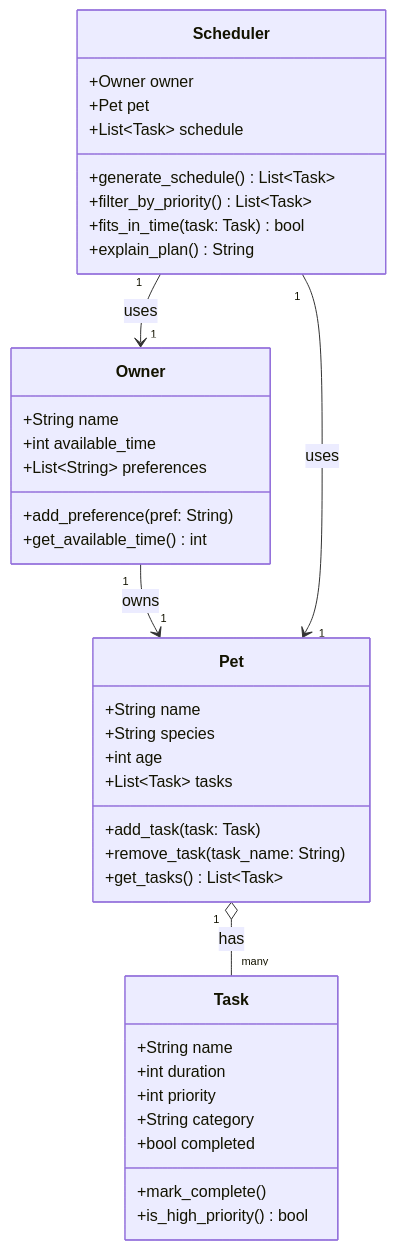
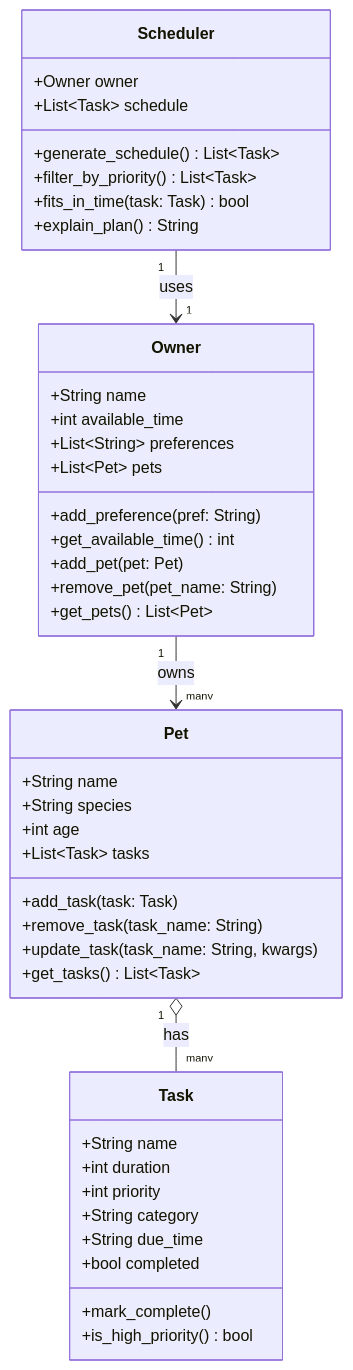
The diagram in reflection.md (glorayye/ai110-module2show-pawpal-starter), drawn with Mermaid before and after one commit. The commit also changed other lines of this file and 3 other files, not shown here.

````diff
--- a/reflection.md
+++ b/reflection.md
@@ -22,45 +22,49 @@
 ```mermaid
 classDiagram
     class Owner {
         +String name
         +int available_time
         +List~String~ preferences
+        +List~Pet~ pets
         +add_preference(pref: String)
         +get_available_time() int
+        +add_pet(pet: Pet)
+        +remove_pet(pet_name: String)
+        +get_pets() List~Pet~
     }
 
     class Pet {
         +String name
         +String species
         +int age
         +List~Task~ tasks
         +add_task(task: Task)
         +remove_task(task_name: String)
+        +update_task(task_name: String, kwargs)
         +get_tasks() List~Task~
     }
 
     class Task {
         +String name
         +int duration
         +int priority
         +String category
+        +String due_time
         +bool completed
         +mark_complete()
         +is_high_priority() bool
     }
 
     class Scheduler {
         +Owner owner
-        +Pet pet
         +List~Task~ schedule
         +generate_schedule() List~Task~
         +filter_by_priority() List~Task~
         +fits_in_time(task: Task) bool
         +explain_plan() String
     }
 
-    Owner "1" --> "1" Pet : owns
+    Owner "1" --> "many" Pet : owns
     Pet "1" o-- "many" Task : has
     Scheduler "1" --> "1" Owner : uses
-    Scheduler "1" --> "1" Pet : uses
 ```
````
